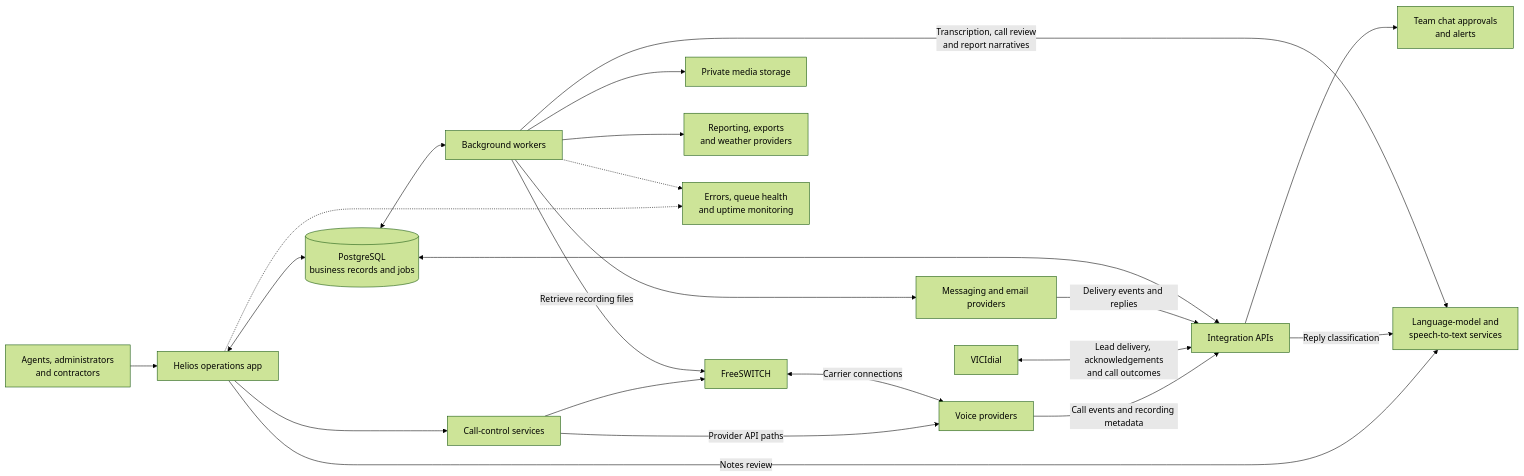
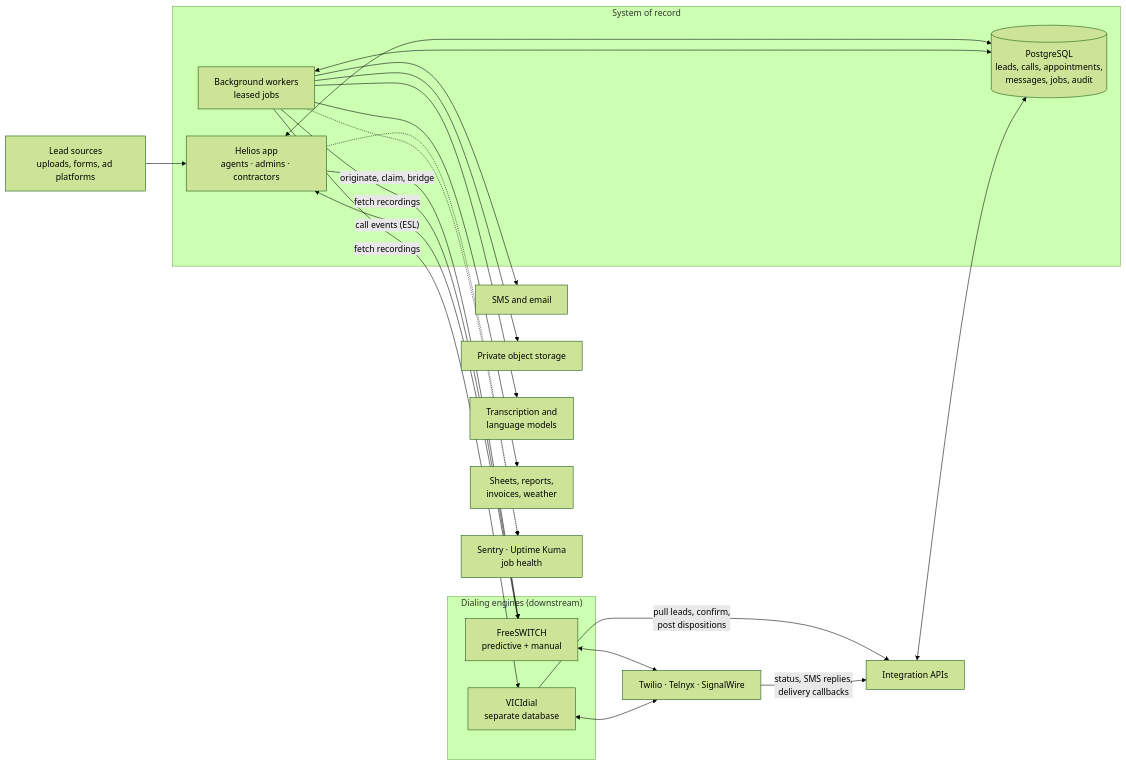
Before and after one commit to daniellopezq/helios-portfolio: the diagram in README.md, drawn with Mermaid (forest theme). The commit also changed other lines of this file, not shown here.

First line of the commit message:
docs: rewrite Helios case study around ownership, incidents, and evolution

````diff
--- a/README.md
+++ b/README.md
@@ -23,24 +27,35 @@
 ```mermaid
 flowchart LR
-    Team["Agents, administrators<br/>and contractors"] --> App["Helios operations app"]
-    App <--> DB[("PostgreSQL<br/>business records and jobs")]
-    App --> Voice["Call-control services"]
-    Voice --> FS["FreeSWITCH"]
-    Voice -->|"Provider API paths"| Carriers["Voice providers"]
-    FS <-->|"Carrier connections"| Carriers
-    Carriers -->|"Call events and recording metadata"| API
-    Vici["VICIdial"] <-->|"Lead delivery, acknowledgements<br/>and call outcomes"| API["Integration APIs"]
+    subgraph Owner["System of record"]
+        App["Helios app<br/>agents · admins · contractors"]
+        DB[("PostgreSQL<br/>leads, calls, appointments,<br/>messages, jobs, audit")]
+        Workers["Background workers<br/>leased jobs"]
+        App <--> DB
+        Workers <--> DB
+    end
+
+    Sources["Lead sources<br/>uploads, forms, ad platforms"] --> App
+
+    subgraph Dialing["Dialing engines (downstream)"]
+        FS["FreeSWITCH<br/>predictive + manual"]
+        Vici["VICIdial<br/>separate database"]
+    end
+
+    App -->|"originate, claim, bridge"| FS
+    FS -->|"call events (ESL)"| App
+    Vici -->|"pull leads, confirm,<br/>post dispositions"| API["Integration APIs"]
     API <--> DB
-    DB <--> Workers["Background workers"]
-    Workers --> Comms["Messaging and email providers"]
-    Comms -->|"Delivery events and replies"| API
-    Workers -->|"Retrieve recording files"| FS
-    Workers --> Media["Private media storage"]
-    App -->|"Notes review"| AI["Language-model and<br/>speech-to-text services"]
-    API -->|"Reply classification"| AI
-    Workers -->|"Transcription, call review<br/>and report narratives"| AI
-    API --> Chat["Team chat approvals<br/>and alerts"]
-    Workers --> Context["Reporting, exports<br/>and weather providers"]
-    App -.-> Observe["Errors, queue health<br/>and uptime monitoring"]
-    Workers -.-> Observe
+
+    FS <--> Carriers["Twilio · Telnyx · SignalWire"]
+    Vici <--> Carriers
+    Carriers -->|"status, SMS replies,<br/>delivery callbacks"| API
+
+    Workers --> Msg["SMS and email"]
+    Workers -->|"fetch recordings"| FS
+    Workers -->|"fetch recordings"| Vici
+    Workers --> Media["Private object storage"]
+    Workers --> AI["Transcription and<br/>language models"]
+    Workers --> Out["Sheets, reports,<br/>invoices, weather"]
+    App -.-> Obs["Sentry · Uptime Kuma<br/>job health"]
+    Workers -.-> Obs
 ```
````
